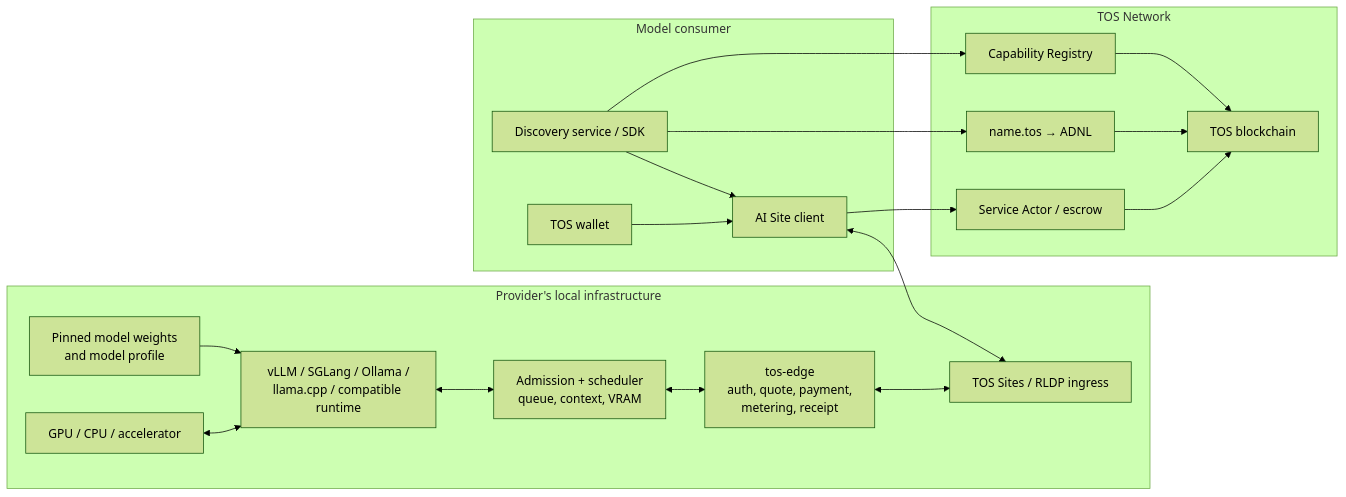
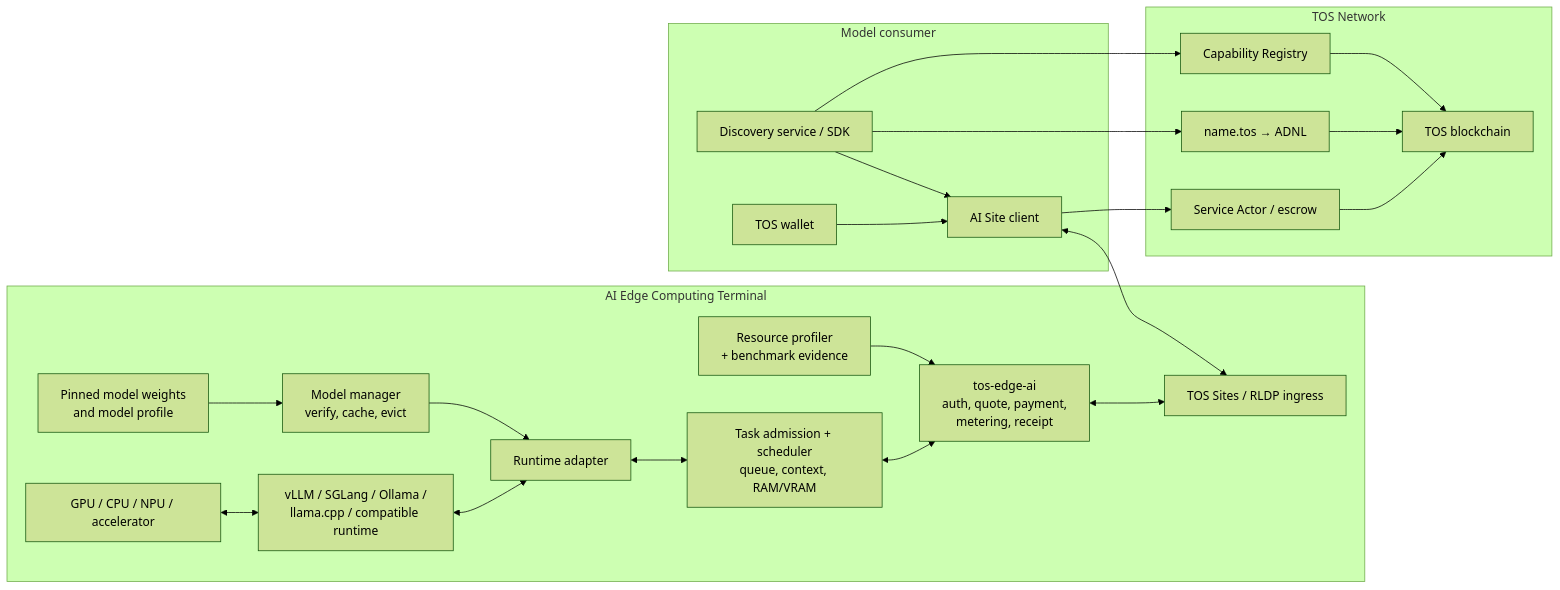
One commit to tosnetwork/tos changed the first of 2 diagrams in doc/local-open-weight-model-sharing-use-case.md. Above: the diagram before and after it, drawn with Mermaid (forest theme). The commit also changed other lines of this file and 15 other files, not shown here.

Commit message:
Reposition TOS around AI edge service terminals

````diff
--- a/doc/local-open-weight-model-sharing-use-case.md
+++ b/doc/local-open-weight-model-sharing-use-case.md
@@ -148,42 +154,48 @@
 ```mermaid
 flowchart LR
-    subgraph Provider["Provider's local infrastructure"]
+    subgraph Provider["AI Edge Computing Terminal"]
         Weights["Pinned model weights<br/>and model profile"]
+        Profiler["Resource profiler<br/>+ benchmark evidence"]
+        Manager["Model manager<br/>verify, cache, evict"]
         Runtime["vLLM / SGLang / Ollama /<br/>llama.cpp / compatible runtime"]
-        Scheduler["Admission + scheduler<br/>queue, context, VRAM"]
-        Edge["tos-edge<br/>auth, quote, payment,<br/>metering, receipt"]
+        Adapter["Runtime adapter"]
+        Scheduler["Task admission + scheduler<br/>queue, context, RAM/VRAM"]
+        Edge["tos-edge-ai<br/>auth, quote, payment,<br/>metering, receipt"]
         Ingress["TOS Sites / RLDP ingress"]
-        Hardware["GPU / CPU / accelerator"]
+        Hardware["GPU / CPU / NPU / accelerator"]
 
-        Weights --> Runtime
+        Profiler --> Edge
+        Weights --> Manager
+        Manager --> Adapter
         Hardware <--> Runtime
-        Runtime <--> Scheduler
+        Runtime <--> Adapter
+        Adapter <--> Scheduler
         Scheduler <--> Edge
         Edge <--> Ingress
     end
 
     subgraph TOS["TOS Network"]
         DNS["name.tos → ADNL"]
         Registry["Capability Registry"]
         Payment["Service Actor / escrow"]
         Chain["TOS blockchain"]
 
         DNS --> Chain
         Registry --> Chain
         Payment --> Chain
     end
 
     subgraph Consumer["Model consumer"]
         Discovery["Discovery service / SDK"]
         Client["AI Site client"]
         Wallet["TOS wallet"]
 
         Discovery --> Client
         Wallet --> Client
     end
 
     Discovery --> DNS
     Discovery --> Registry
     Client <--> Ingress
     Client --> Payment
 ```
````
